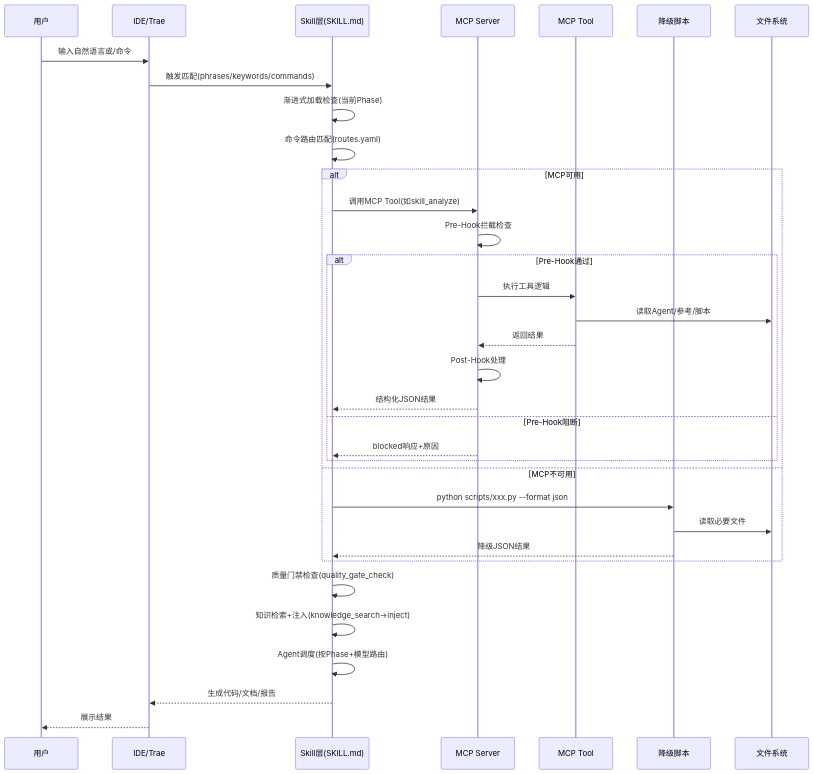
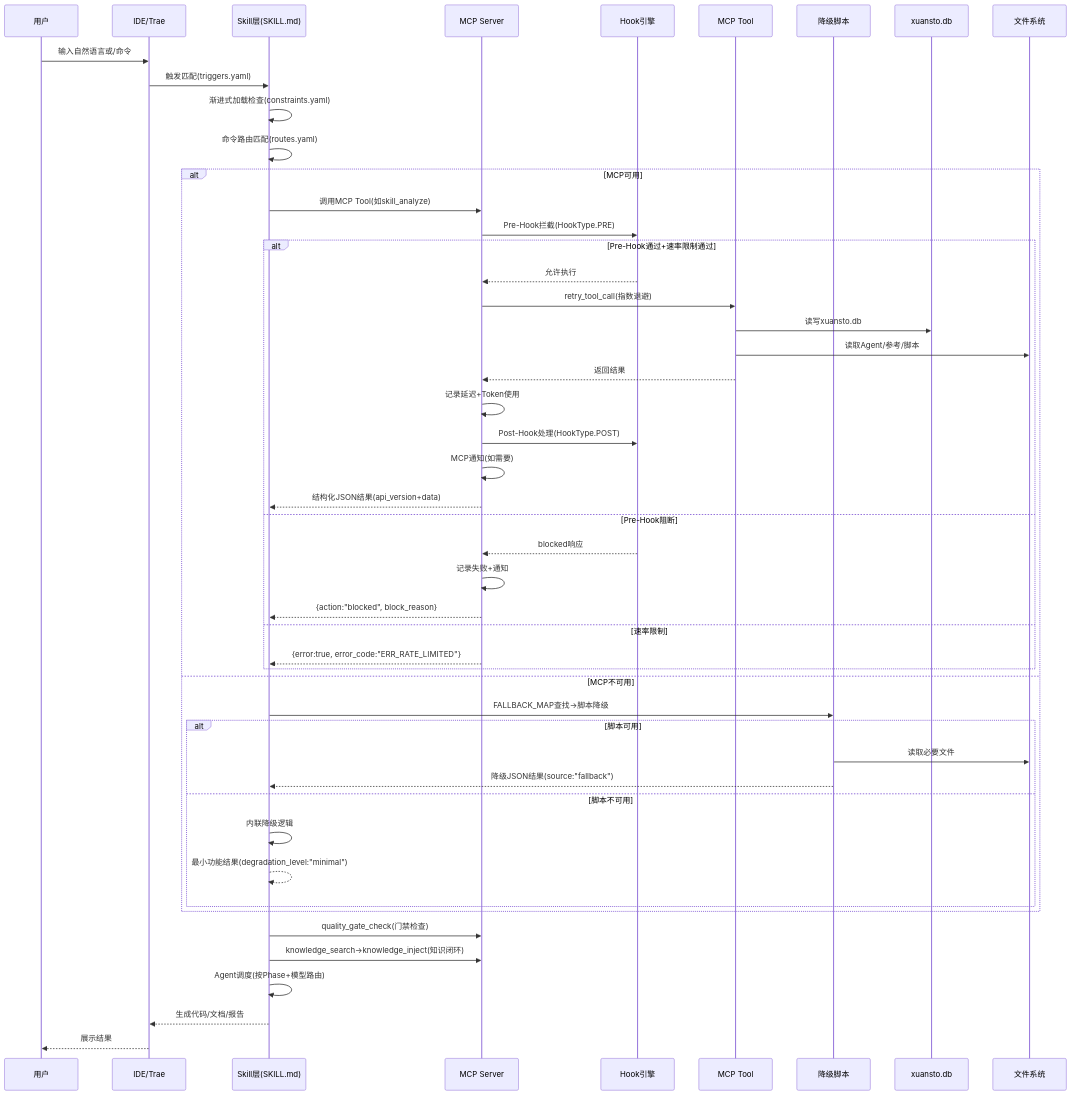
One commit to xuanyuanchumo/xuansto changed the first of 4 diagrams in docs/plan/ARCHITECTURE.md. Above: the diagram before and after it, drawn with Mermaid. The commit also changed other lines of this file and 7737 other files, not shown here.

````diff
--- a/docs/plan/ARCHITECTURE.md
+++ b/docs/plan/ARCHITECTURE.md
@@ -326,39 +386,54 @@
 ```mermaid
 sequenceDiagram
     participant U as 用户
     participant IDE as IDE/Trae
     participant SK as Skill层(SKILL.md)
     participant MCP as MCP Server
+    participant HOOK as Hook引擎
     participant TOOL as MCP Tool
     participant SCRIPT as 降级脚本
+    participant DB as xuansto.db
     participant FS as 文件系统
 
     U->>IDE: 输入自然语言或/命令
-    IDE->>SK: 触发匹配(phrases/keywords/commands)
-    SK->>SK: 渐进式加载检查(当前Phase)
+    IDE->>SK: 触发匹配(triggers.yaml)
+    SK->>SK: 渐进式加载检查(constraints.yaml)
     SK->>SK: 命令路由匹配(routes.yaml)
 
     alt MCP可用
         SK->>MCP: 调用MCP Tool(如skill_analyze)
-        MCP->>MCP: Pre-Hook拦截检查
-        alt Pre-Hook通过
-            MCP->>TOOL: 执行工具逻辑
+        MCP->>HOOK: Pre-Hook拦截(HookType.PRE)
+        alt Pre-Hook通过+速率限制通过
+            HOOK-->>MCP: 允许执行
+            MCP->>TOOL: retry_tool_call(指数退避)
+            TOOL->>DB: 读写xuansto.db
             TOOL->>FS: 读取Agent/参考/脚本
             TOOL-->>MCP: 返回结果
-            MCP->>MCP: Post-Hook处理
-            MCP-->>SK: 结构化JSON结果
+            MCP->>MCP: 记录延迟+Token使用
+            MCP->>HOOK: Post-Hook处理(HookType.POST)
+            MCP->>MCP: MCP通知(如需要)
+            MCP-->>SK: 结构化JSON结果(api_version+data)
         else Pre-Hook阻断
-            MCP-->>SK: blocked响应+原因
+            HOOK-->>MCP: blocked响应
+            MCP->>MCP: 记录失败+通知
+            MCP-->>SK: {action:"blocked", block_reason}
+        else 速率限制
+            MCP-->>SK: {error:true, error_code:"ERR_RATE_LIMITED"}
         end
     else MCP不可用
-        SK->>SCRIPT: python scripts/xxx.py --format json
-        SCRIPT->>FS: 读取必要文件
-        SCRIPT-->>SK: 降级JSON结果
+        SK->>SCRIPT: FALLBACK_MAP查找→脚本降级
+        alt 脚本可用
+            SCRIPT->>FS: 读取必要文件
+            SCRIPT-->>SK: 降级JSON结果(source:"fallback")
+        else 脚本不可用
+            SK->>SK: 内联降级逻辑
+            SK-->>SK: 最小功能结果(degradation_level:"minimal")
+        end
     end
 
-    SK->>SK: 质量门禁检查(quality_gate_check)
-    SK->>SK: 知识检索+注入(knowledge_search→inject)
+    SK->>MCP: quality_gate_check(门禁检查)
+    SK->>MCP: knowledge_search→knowledge_inject(知识闭环)
     SK->>SK: Agent调度(按Phase+模型路由)
     SK-->>IDE: 生成代码/文档/报告
     IDE-->>U: 展示结果
 ```
````
